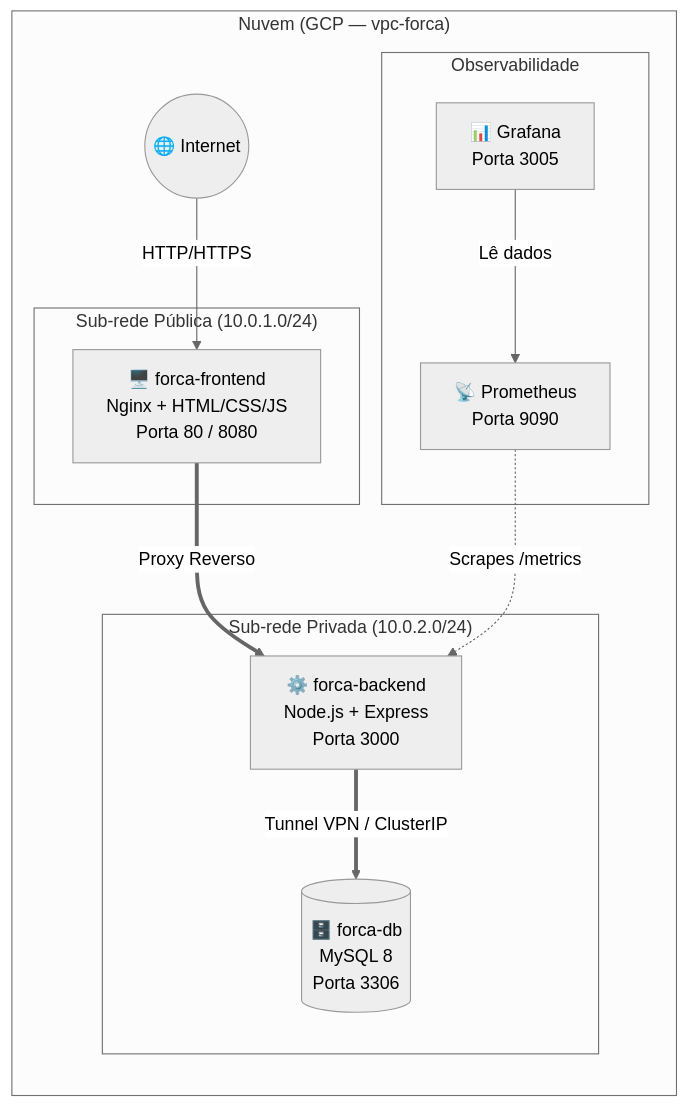
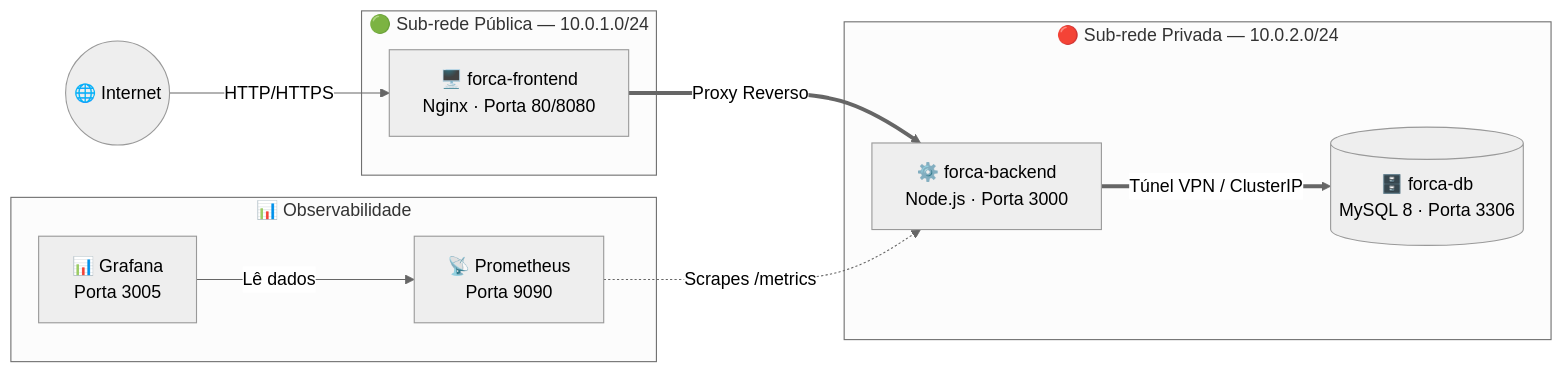
Before and after one commit to Cacatuas-Aquaticas/forca.api: the diagram in README.md, drawn with Mermaid (neutral theme).

Commit message:
docs: corrige diagrama mermaid - exibe IPs das subnets sem corte

````diff
--- a/README.md
+++ b/README.md
@@ -23,28 +23,24 @@
 ```mermaid
-graph TD
-    subgraph "Nuvem (GCP — vpc-forca)"
-        direction TB
+graph LR
+    Internet((🌐 Internet))
 
-        Internet((🌐 Internet))
+    subgraph PUB["🟢 Sub-rede Pública — 10.0.1.0/24"]
+        FE["🖥️ forca-frontend\nNginx · Porta 80/8080"]
+    end
 
-        subgraph "Sub-rede Pública (10.0.1.0/24)"
-            FE["🖥️ forca-frontend\nNginx + HTML/CSS/JS\nPorta 80 / 8080"]
-        end
+    subgraph PRIV["🔴 Sub-rede Privada — 10.0.2.0/24"]
+        BE["⚙️ forca-backend\nNode.js · Porta 3000"]
+        DB[("🗄️ forca-db\nMySQL 8 · Porta 3306")]
+    end
 
-        subgraph "Sub-rede Privada (10.0.2.0/24)"
-            BE["⚙️ forca-backend\nNode.js + Express\nPorta 3000"]
-            DB[("🗄️ forca-db\nMySQL 8\nPorta 3306")]
-        end
+    subgraph OBS["📊 Observabilidade"]
+        PR["📡 Prometheus\nPorta 9090"]
+        GF["📊 Grafana\nPorta 3005"]
+    end
 
-        subgraph "Observabilidade"
-            PR["📡 Prometheus\nPorta 9090"]
-            GF["📊 Grafana\nPorta 3005"]
-        end
-
-        Internet -->|HTTP/HTTPS| FE
-        FE ==>|Proxy Reverso| BE
-        BE ==>|Tunnel VPN / ClusterIP| DB
-        PR -.->|Scrapes /metrics| BE
-        GF -->|Lê dados| PR
-    end
+    Internet -->|"HTTP/HTTPS"| FE
+    FE ==>|"Proxy Reverso"| BE
+    BE ==>|"Túnel VPN / ClusterIP"| DB
+    PR -.->|"Scrapes /metrics"| BE
+    GF -->|"Lê dados"| PR
 ```
````
